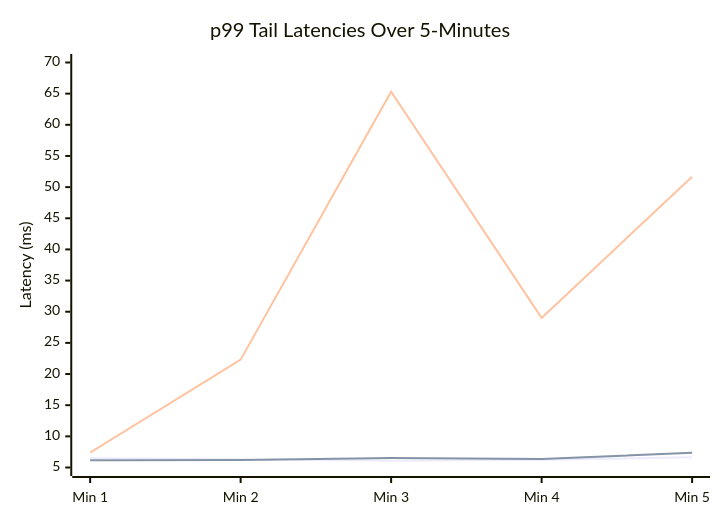
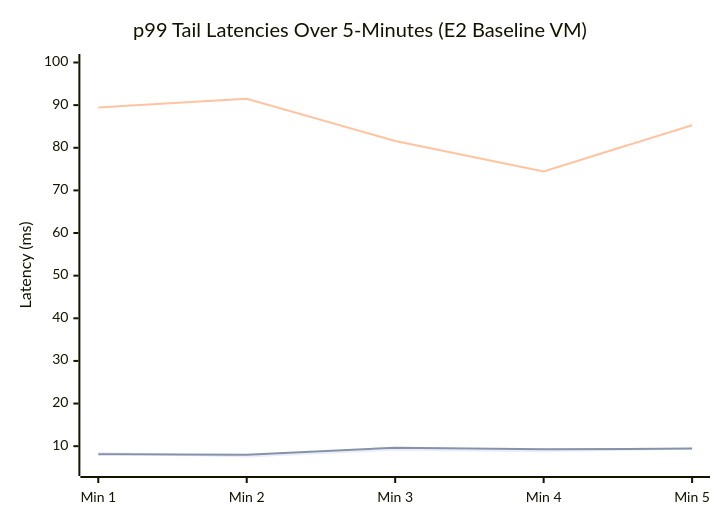
One commit to justinuang/google-cloud-ruby changed the first of 2 diagrams in google-cloud-bigtable/YCSB_BENCHMARK_STATUS.md. Above: the diagram before and after it, drawn with Mermaid. The commit also changed other lines of this file, not shown here.

Commit message:
Updated Phase 7 results.

````diff
--- a/google-cloud-bigtable/YCSB_BENCHMARK_STATUS.md
+++ b/google-cloud-bigtable/YCSB_BENCHMARK_STATUS.md
@@ -166,9 +168,9 @@
 ```mermaid
 xychart-beta
-    title "p99 Tail Latencies Over 5-Minutes"
+    title "p99 Tail Latencies Over 5-Minutes (E2 Baseline VM)"
     x-axis ["Min 1", "Min 2", "Min 3", "Min 4", "Min 5"]
-    y-axis "Latency (ms)" 5 --> 70
-    line [6.51, 6.30, 6.10, 6.23, 6.63]
-    line [6.16, 6.20, 6.51, 6.36, 7.38]
-    line [7.40, 22.31, 65.32, 29.01, 51.67]
+    y-axis "Latency (ms)" 5 --> 100
+    line [8.38, 7.60, 9.16, 8.82, 9.39]
+    line [8.11, 8.01, 9.64, 9.27, 9.43]
+    line [89.47, 91.49, 81.60, 74.45, 85.29]
 ```
````
